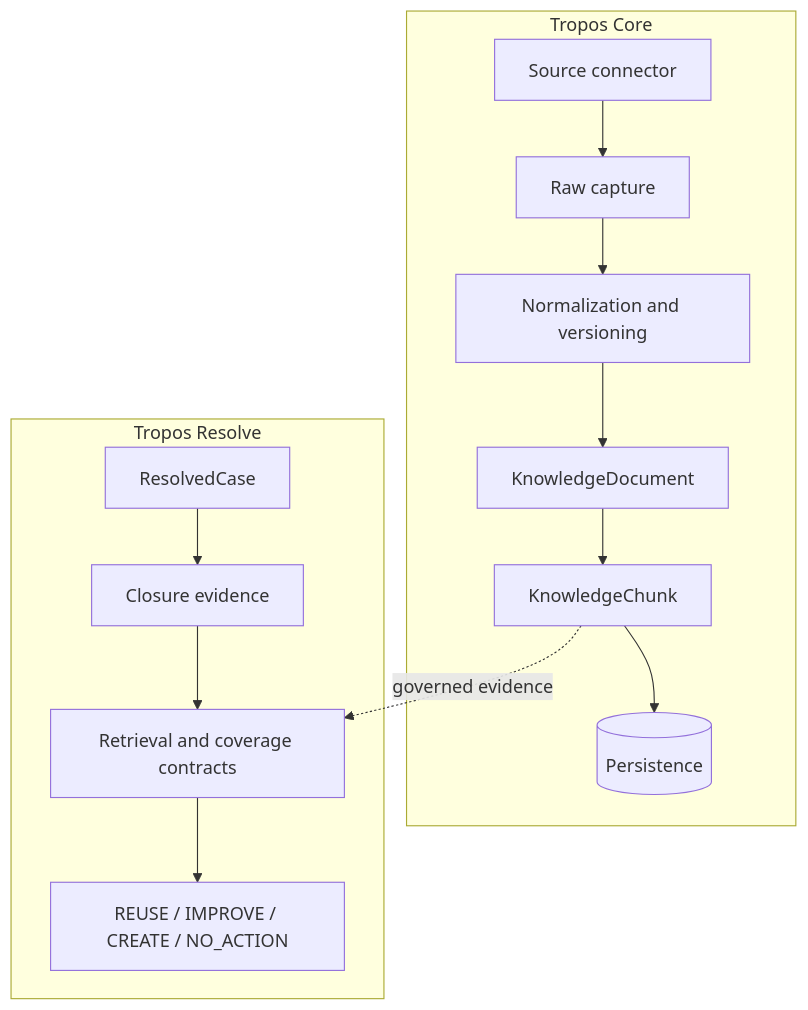
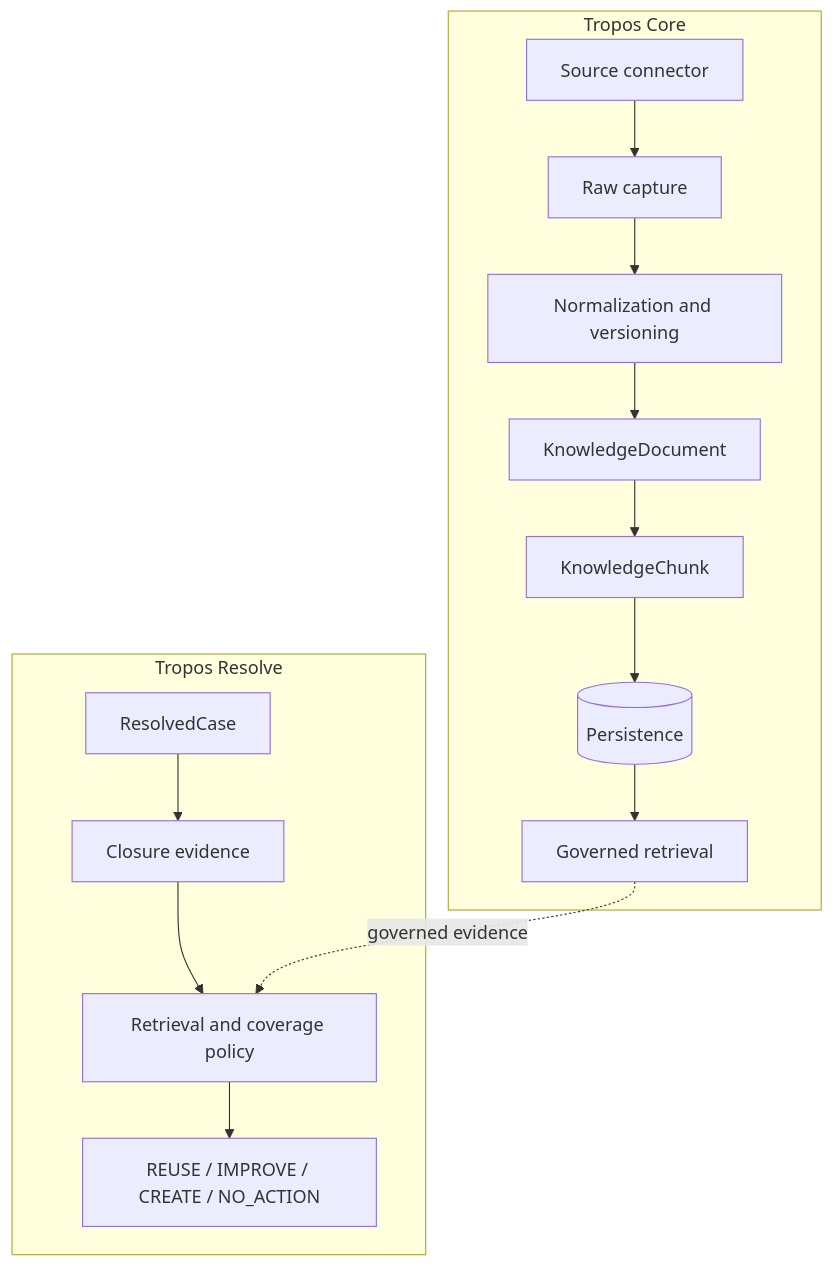
One commit to kumarchandansingh/tropos changed the first of 4 diagrams in docs/architecture/ARCHITECTURE_OVERVIEW.md. Above: the diagram before and after it, drawn with Mermaid. The commit also changed other lines of this file and 10 other files, not shown here.

First line of the commit message:
feat: add governed lexical retrieval baseline (#16)

````diff
--- a/docs/architecture/ARCHITECTURE_OVERVIEW.md
+++ b/docs/architecture/ARCHITECTURE_OVERVIEW.md
@@ -7,22 +7,23 @@
 ```mermaid
 flowchart TB
     subgraph Core[Tropos Core]
       Source[Source connector]
       Raw[Raw capture]
       Norm[Normalization and versioning]
       Doc[KnowledgeDocument]
       Chunk[KnowledgeChunk]
       Store[(Persistence)]
-      Source --> Raw --> Norm --> Doc --> Chunk --> Store
+      Retrieve[Governed retrieval]
+      Source --> Raw --> Norm --> Doc --> Chunk --> Store --> Retrieve
     end
 
     subgraph Resolve[Tropos Resolve]
       Case[ResolvedCase]
       Closure[Closure evidence]
-      Retrieval[Retrieval and coverage contracts]
+      Coverage[Retrieval and coverage policy]
       Action[REUSE / IMPROVE / CREATE / NO_ACTION]
-      Case --> Closure --> Retrieval --> Action
+      Case --> Closure --> Coverage --> Action
     end
 
-    Chunk -. governed evidence .-> Retrieval
+    Retrieve -. governed evidence .-> Coverage
 ```
````
